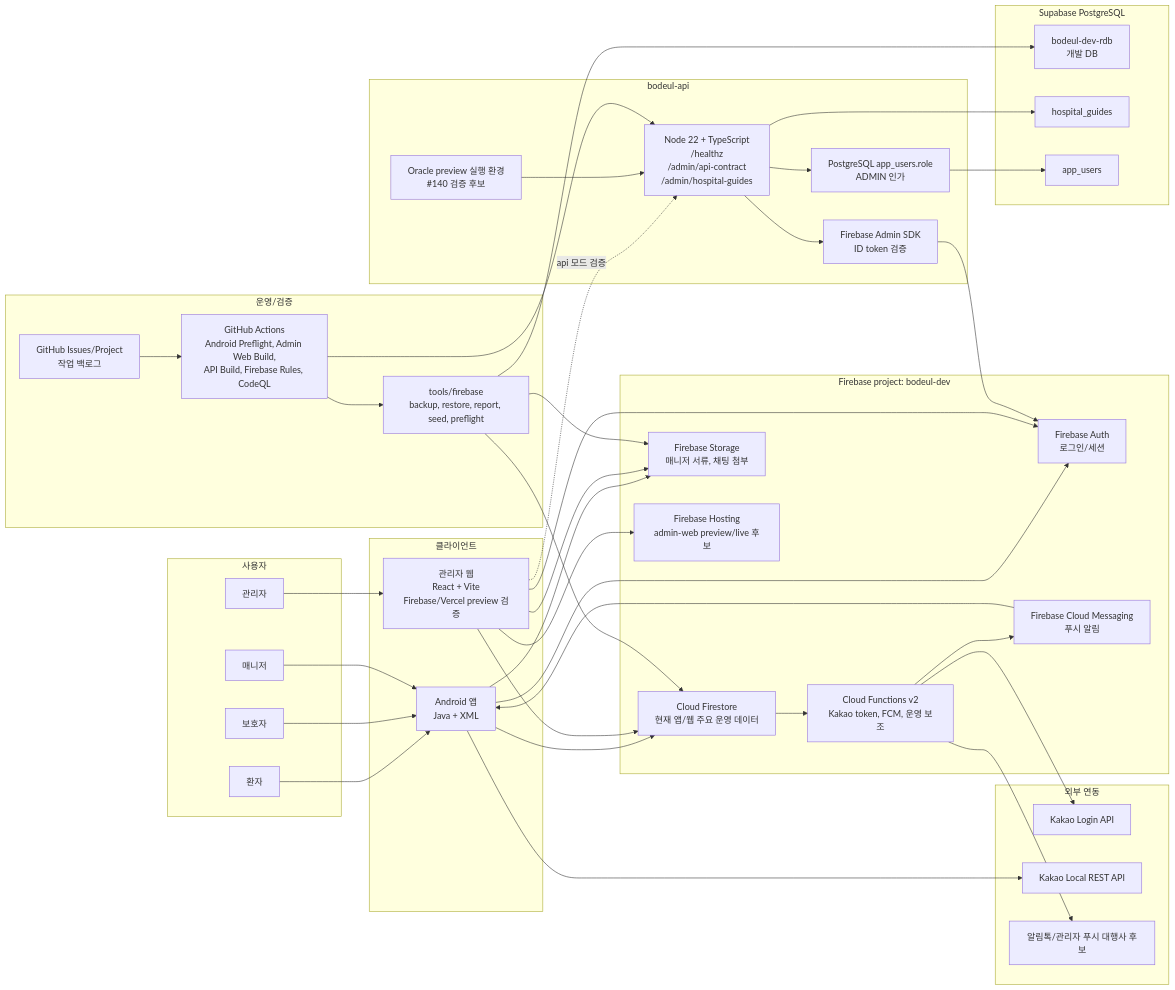
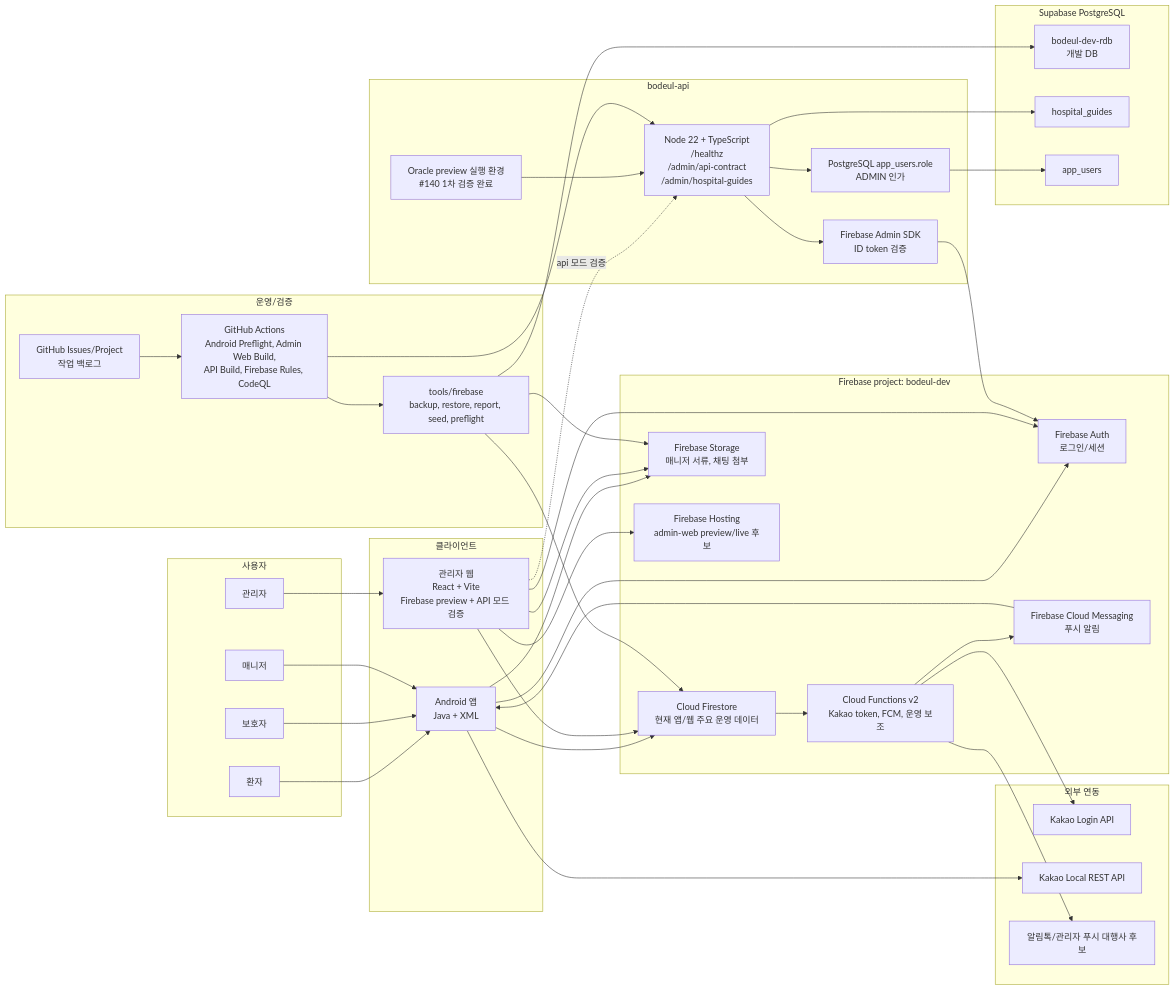
One commit to bodeul110/Bodeul changed the diagram in docs/architecture/infra-overview.md. Above: the diagram before and after it, drawn with Mermaid. The commit also changed other lines of this file and 12 other files, not shown here.

Commit message:
docs: refresh admin web split state (#143)

```diff
--- a/docs/architecture/infra-overview.md
+++ b/docs/architecture/infra-overview.md
@@ -31,7 +32,7 @@
 
   subgraph Clients["클라이언트"]
     Android["Android 앱\nJava + XML"]
-    AdminWeb["관리자 웹\nReact + Vite\nFirebase/Vercel preview 검증"]
+    AdminWeb["관리자 웹\nReact + Vite\nFirebase preview + API 모드 검증"]
   end
 
   subgraph Firebase["Firebase project: bodeul-dev"]
@@ -45,7 +46,7 @@
 
   subgraph Api["bodeul-api"]
     ApiServer["Node 22 + TypeScript\n/healthz\n/admin/api-contract\n/admin/hospital-guides"]
-    Oracle["Oracle preview 실행 환경\n#140 검증 후보"]
+    Oracle["Oracle preview 실행 환경\n#140 1차 검증 완료"]
     FirebaseAdmin["Firebase Admin SDK\nID token 검증"]
     AdminRole["PostgreSQL app_users.role\nADMIN 인가"]
   end
```
